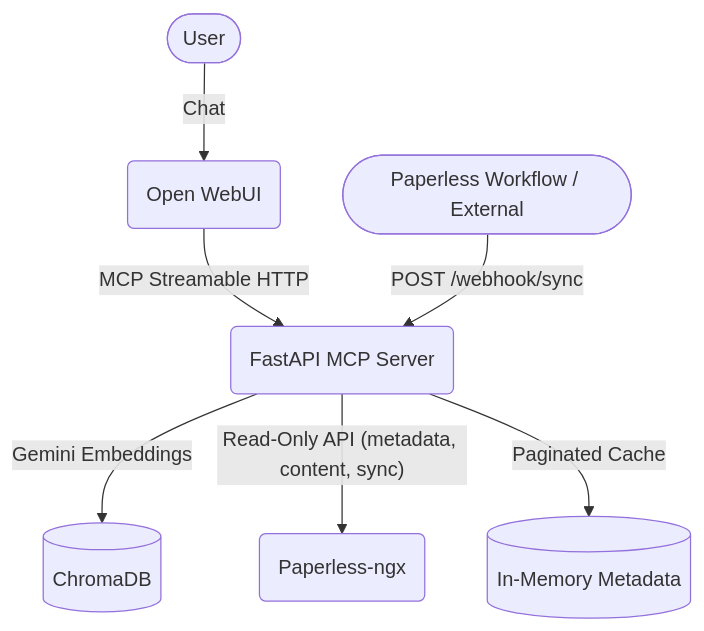
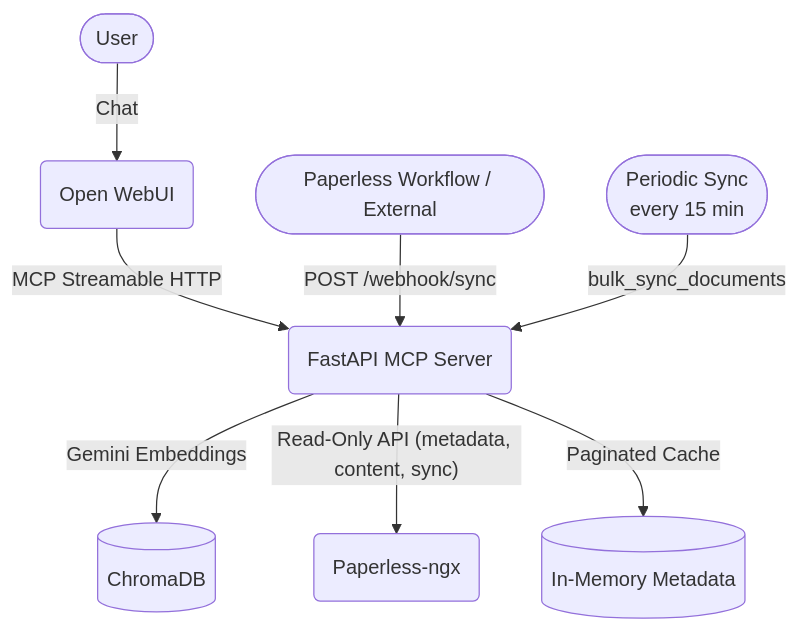
The diagram in README.md (hensing/searchless-ngx), drawn with Mermaid before and after one commit. The commit also changed other lines of this file and 7 other files, not shown here.

Commit message:
feat: periodic background sync every 15 min, configurable via SYNC_INTERVAL_MINUTES (v0.4.0)

````diff
--- a/README.md
+++ b/README.md
@@ -40,10 +40,11 @@
 ```mermaid
 graph TD
     User([User]) -->|Chat| OWUI(Open WebUI)
     OWUI -->|MCP Streamable HTTP| MCP(FastAPI MCP Server)
     MCP -->|Gemini Embeddings| Chroma[(ChromaDB)]
     MCP -->|"Read-Only API (metadata, content, sync)"| Paperless(Paperless-ngx)
     MCP -->|Paginated Cache| Cache[(In-Memory Metadata)]
 
     External([Paperless Workflow / External]) -->|POST /webhook/sync| MCP
+    Timer([Periodic Sync\nevery 15 min]) -->|bulk_sync_documents| MCP
 ```
````
